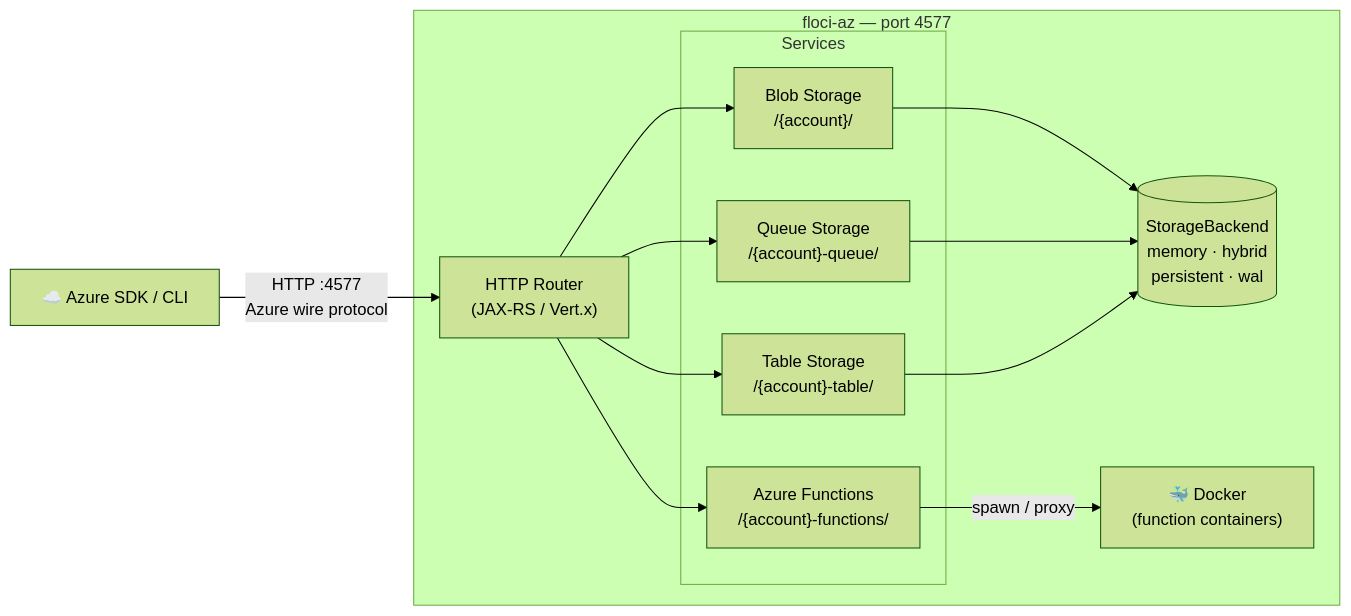
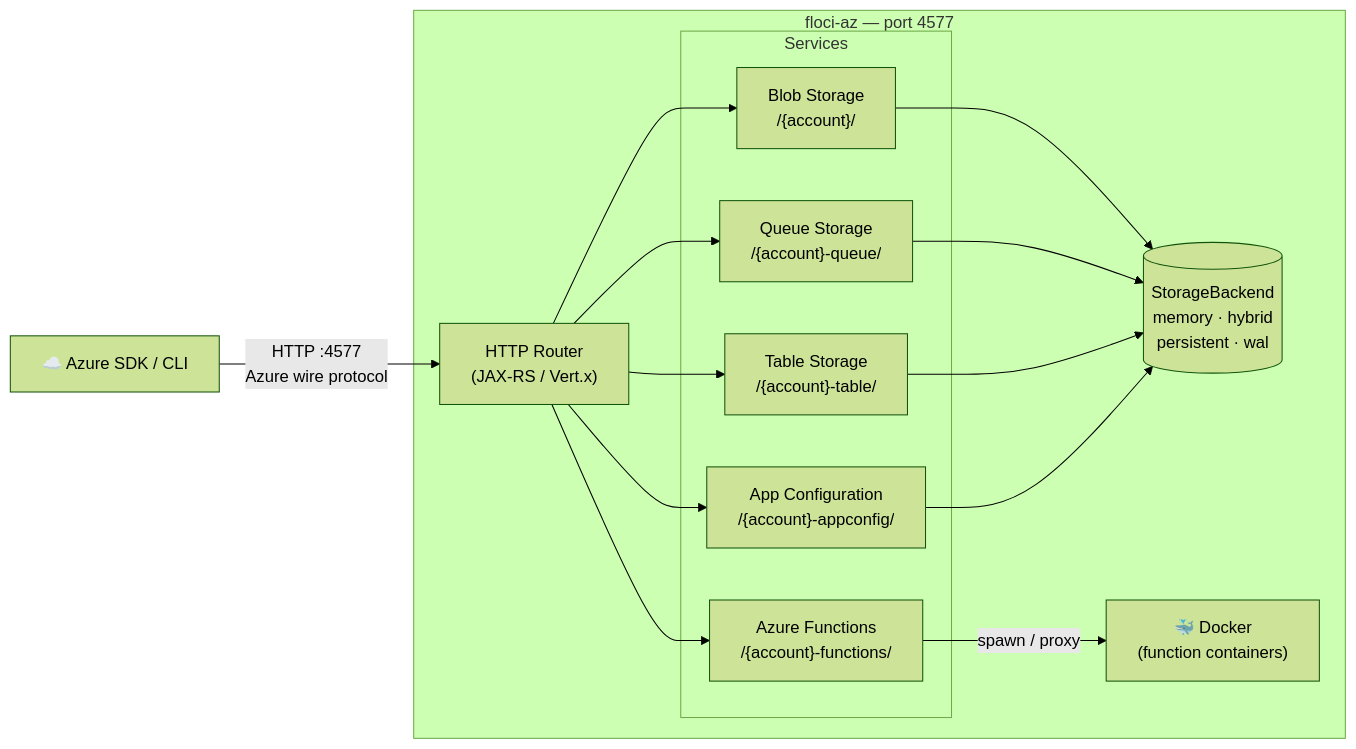
One commit to floci-io/floci-az changed the diagram in README.md. Above: the diagram before and after it, drawn with Mermaid (forest theme). The commit also changed other lines of this file and 36 other files, not shown here.

````diff
--- a/README.md
+++ b/README.md
@@ -59,24 +60,26 @@
 ```mermaid
 flowchart LR
     Client["☁️ Azure SDK / CLI"]
 
     subgraph floci-az ["floci-az — port 4577"]
         Router["HTTP Router\n(JAX-RS / Vert.x)"]
 
         subgraph Services ["Services"]
             A["Blob Storage\n/{account}/"]
             B["Queue Storage\n/{account}-queue/"]
             C["Table Storage\n/{account}-table/"]
             D["Azure Functions\n/{account}-functions/"]
+            E["App Configuration\n/{account}-appconfig/"]
         end
 
         Router --> A
         Router --> B
         Router --> C
         Router --> D
-        A & B & C --> Store[("StorageBackend\nmemory · hybrid\npersistent · wal")]
+        Router --> E
+        A & B & C & E --> Store[("StorageBackend\nmemory · hybrid\npersistent · wal")]
         D -->|"spawn / proxy"| Docker["🐳 Docker\n(function containers)"]
     end
 
     Client -->|"HTTP :4577\nAzure wire protocol"| Router
 ```
````
